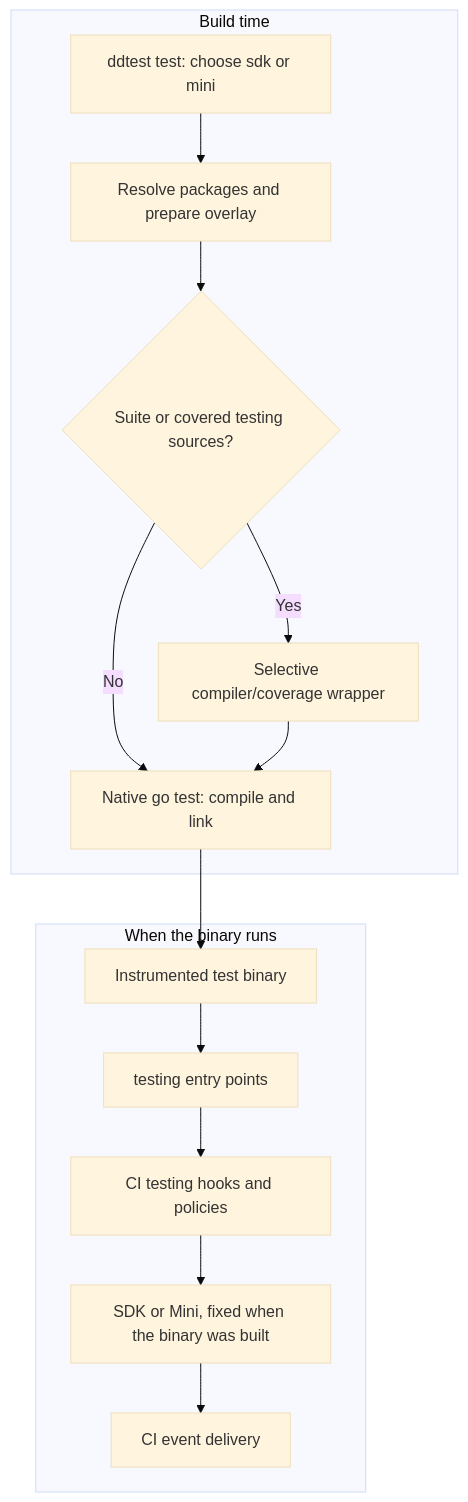
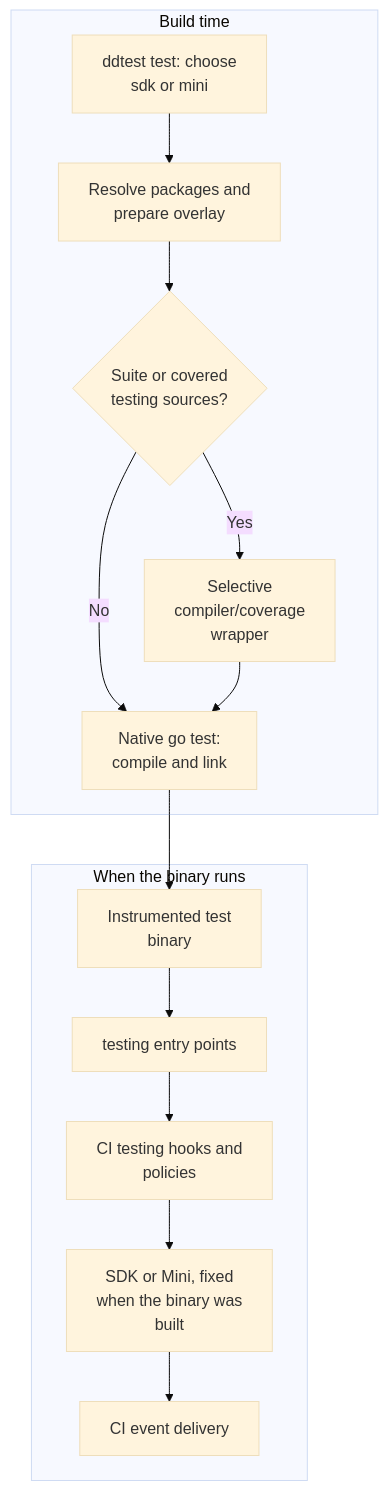
One commit to tonyredondo/dd-ci-testing-poc changed the first of 6 diagrams in docs/architecture.md. Above: the diagram before and after it, drawn with Mermaid (base theme). The commit also changed other lines of this file and 4 other files, not shown here.

Commit message:
Keep documentation diagram labels readable

````diff
--- a/docs/architecture.md
+++ b/docs/architecture.md
@@ -19,17 +19,17 @@
 ```mermaid
 flowchart TB
     subgraph build["Build time"]
-        CLI["ddtest test: choose sdk or mini"] --> Plan["Resolve packages and prepare overlay"]
-        Plan --> Selection{"Suite or covered testing sources?"}
-        Selection -->|Yes| Tools["Selective compiler/coverage wrapper"]
-        Selection -->|No| Go["Native go test: compile and link"]
+        CLI["ddtest test: choose<br/>sdk or mini"] --> Plan["Resolve packages and<br/>prepare overlay"]
+        Plan --> Selection{"Suite or covered<br/>testing sources?"}
+        Selection -->|Yes| Tools["Selective<br/>compiler/coverage<br/>wrapper"]
+        Selection -->|No| Go["Native go test:<br/>compile and link"]
         Tools --> Go
     end
-    Go --> Binary["Instrumented test binary"]
+    Go --> Binary["Instrumented test<br/>binary"]
     subgraph execution["When the binary runs"]
         Binary --> Testing["testing entry points"]
-        Testing --> Hooks["CI testing hooks and policies"]
-        Hooks --> Runtime["SDK or Mini, fixed when the binary was built"]
+        Testing --> Hooks["CI testing hooks and<br/>policies"]
+        Hooks --> Runtime["SDK or Mini, fixed<br/>when the binary was<br/>built"]
         Runtime --> Output["CI event delivery"]
     end
 ```
````
